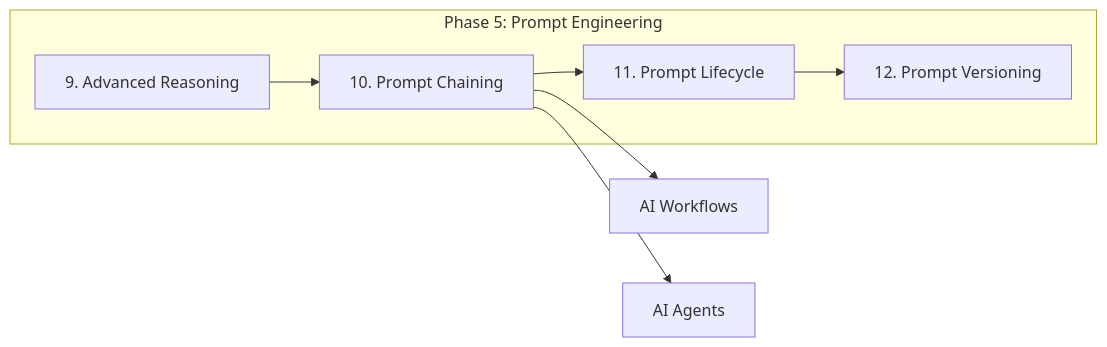
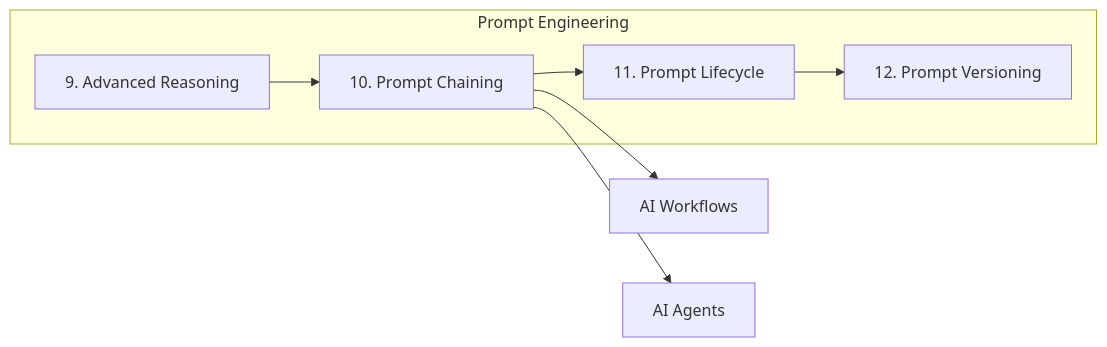
One commit to abdulsamad183/ai-engineering-playbook changed the first of 14 diagrams in domains/prompt-engineering/prompt-chaining.md. Above: the diagram before and after it, drawn with Mermaid. The commit also changed other lines of this file and 301 other files, not shown here.

````diff
--- a/domains/prompt-engineering/prompt-chaining.md
+++ b/domains/prompt-engineering/prompt-chaining.md
@@ -56,13 +56,13 @@
 ```mermaid
 flowchart LR
-    subgraph "Phase 5: Prompt Engineering"
+    subgraph "Prompt Engineering"
         S9[9. Advanced Reasoning]
         S10[10. Prompt Chaining]
         S11[11. Prompt Lifecycle]
         S12[12. Prompt Versioning]
     end
 
     S9 --> S10 --> S11 --> S12
     S10 --> WF[AI Workflows]
     S10 --> AG[AI Agents]
 ```
````
